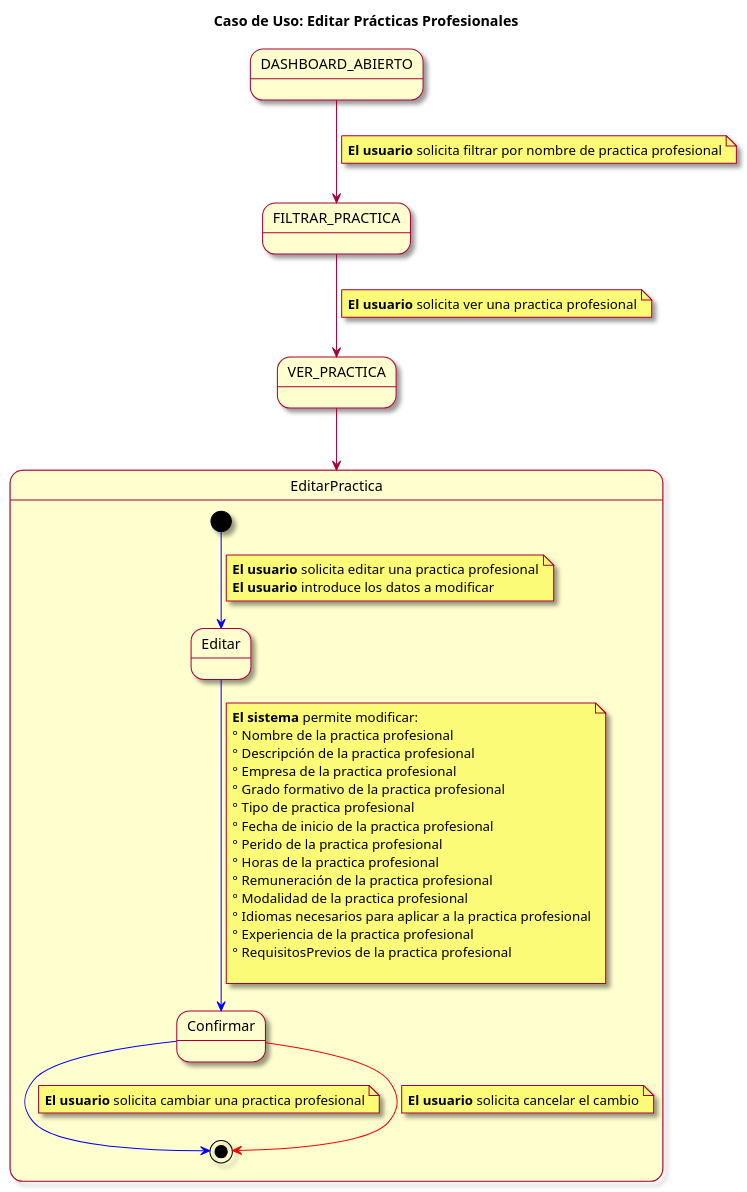
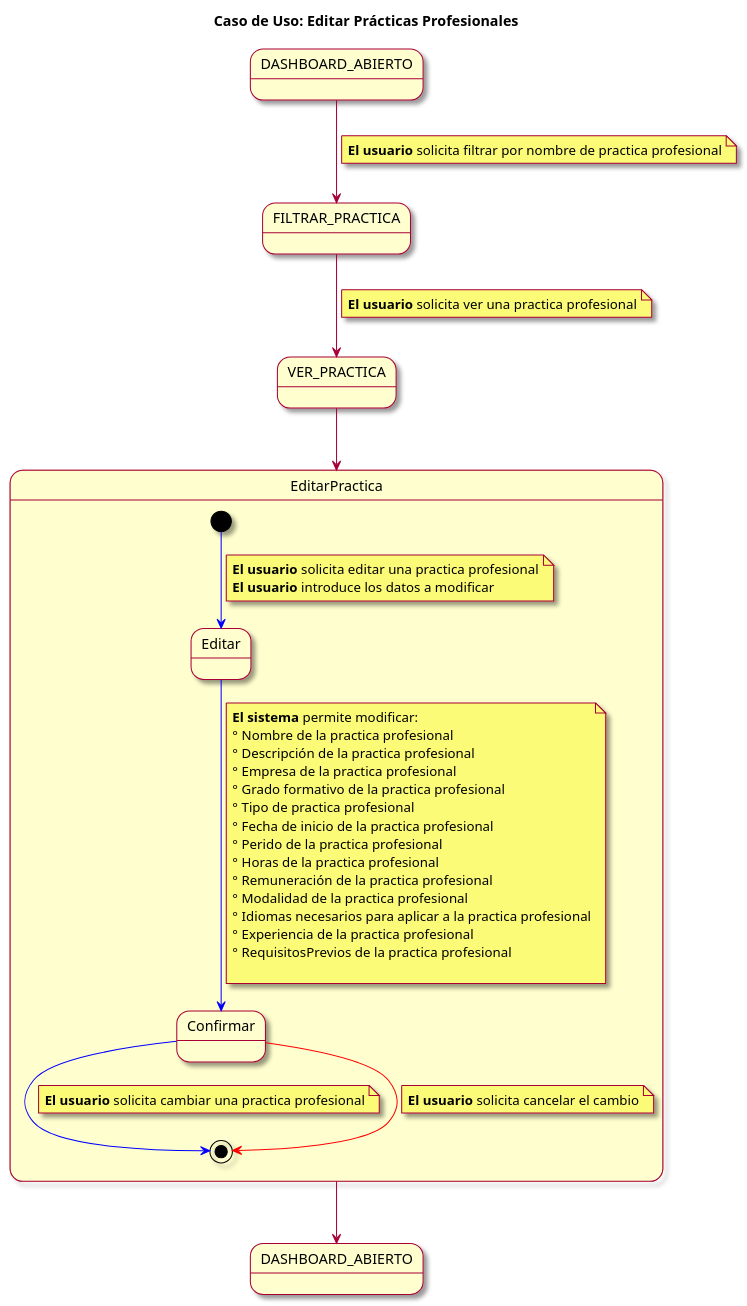
The diagram in digrams/uml/CasosDeUsoDetallados/PracticasProfesionales/cduEditarPracticas.puml (MRSergio21/CemuUNEAT-Documentacion), drawn with PlantUML before and after one commit. The commit also changed 2 other files, not shown here.

```diff
--- a/digrams/uml/CasosDeUsoDetallados/PracticasProfesionales/cduEditarPracticas.puml
+++ b/digrams/uml/CasosDeUsoDetallados/PracticasProfesionales/cduEditarPracticas.puml
@@ -1,49 +1,50 @@
 @startuml
 skin rose
 title Caso de Uso: Editar Prácticas Profesionales
 
-state DASHBOARD_ABIERTO
+state "DASHBOARD_ABIERTO" as DASHBOARD_ABIERTO2
 state "VER_PRACTICA" as VER_PRACTICA2
 state FILTRAR_PRACTICA
 
 DASHBOARD_ABIERTO --> FILTRAR_PRACTICA
 note on link: **El usuario** solicita filtrar por nombre de practica profesional
 FILTRAR_PRACTICA --> VER_PRACTICA2
 note on link: **El usuario** solicita ver una practica profesional
 VER_PRACTICA2 --> EditarPractica
+EditarPractica --> DASHBOARD_ABIERTO2
 
 state EditarPractica {
     [*] -[#blue]-> editarPractica
     note on link
         **El usuario** solicita editar una practica profesional
         **El usuario** introduce los datos a modificar
     end note
     state "Editar" as editarPractica
     editarPractica -[#blue]-> confirmarCambios
     state "Confirmar" as confirmarCambios
     note on link
         **El sistema** permite modificar:
         ° Nombre de la practica profesional
         ° Descripción de la practica profesional
         ° Empresa de la practica profesional
         ° Grado formativo de la practica profesional
         ° Tipo de practica profesional
         ° Fecha de inicio de la practica profesional
         ° Perido de la practica profesional
         ° Horas de la practica profesional
         ° Remuneración de la practica profesional
         ° Modalidad de la practica profesional
         ° Idiomas necesarios para aplicar a la practica profesional
         ° Experiencia de la practica profesional
         ° RequisitosPrevios de la practica profesional
 
     end note
 
     confirmarCambios -[#blue]-> [*]
     note on link: **El usuario** solicita cambiar una practica profesional
     confirmarCambios -[#red]-> [*]
     note on link: **El usuario** solicita cancelar el cambio
 
 }
 
 @enduml
```
